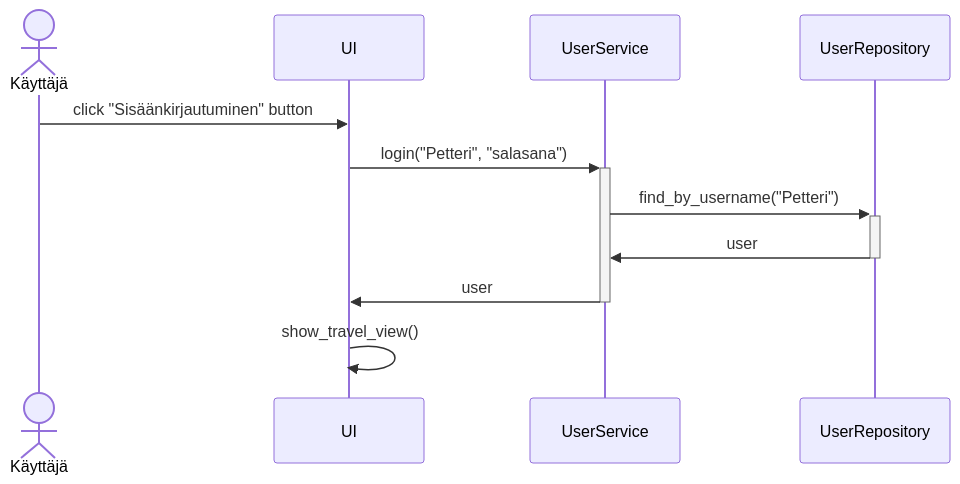
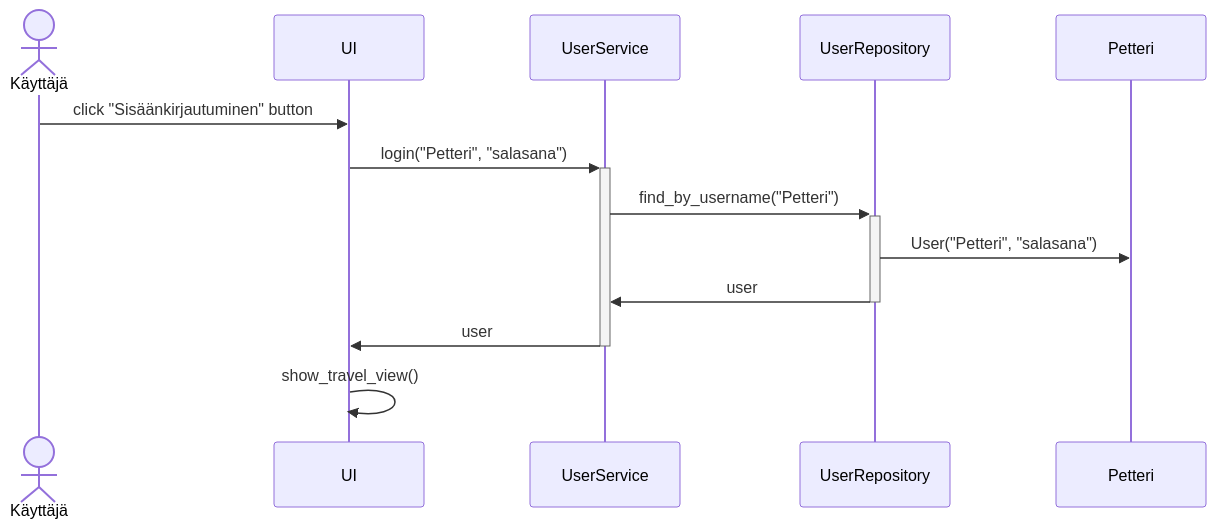
One commit to phuvio/ot-harjoitustyo changed the first of 3 diagrams in travel-expense-calculator-app/dokumentaatio/arkkitehtuuri.md. Above: the diagram before and after it, drawn with Mermaid.

````diff
--- a/travel-expense-calculator-app/dokumentaatio/arkkitehtuuri.md
+++ b/travel-expense-calculator-app/dokumentaatio/arkkitehtuuri.md
@@ -26,14 +26,16 @@
 ```mermaid
  sequenceDiagram
    Actor K as Käyttäjä
    participant U as UI
    participant S as UserService
    participant R as UserRepository
+   participant H as Petteri
    K->>U: click "Sisäänkirjautuminen" button
    U->>+S: login("Petteri", "salasana")
    S->>+R: find_by_username("Petteri")
+   R->>H: User("Petteri", "salasana")
    R->>-S: user
    S->>-U: user
    U->>U: show_travel_view()
 
 ```
````
